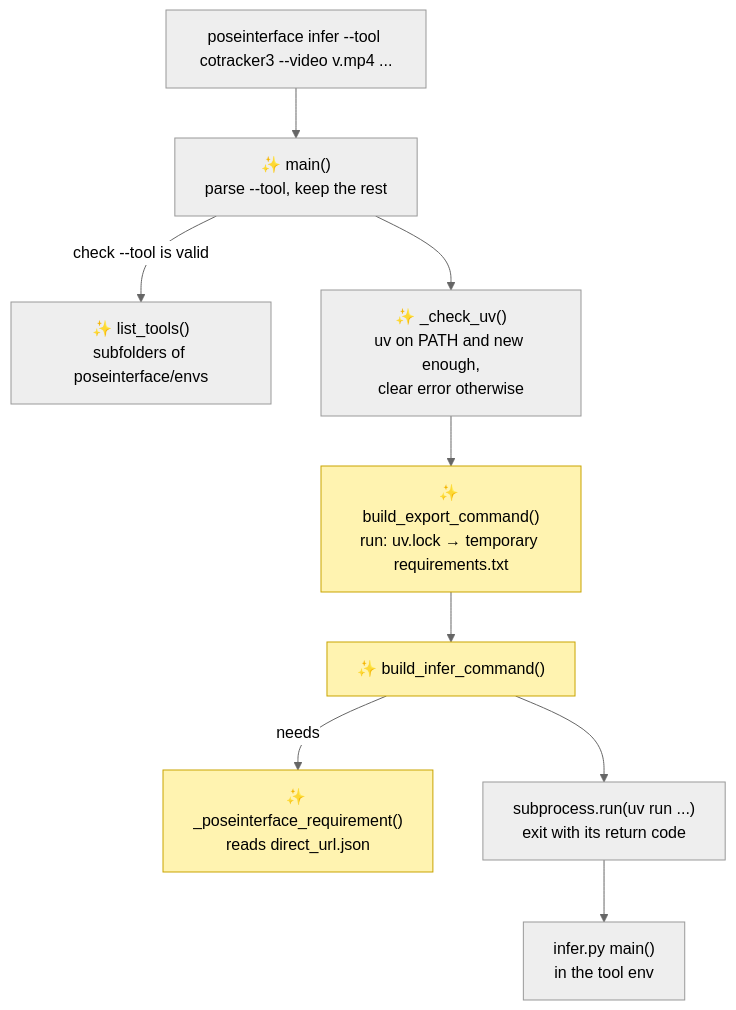
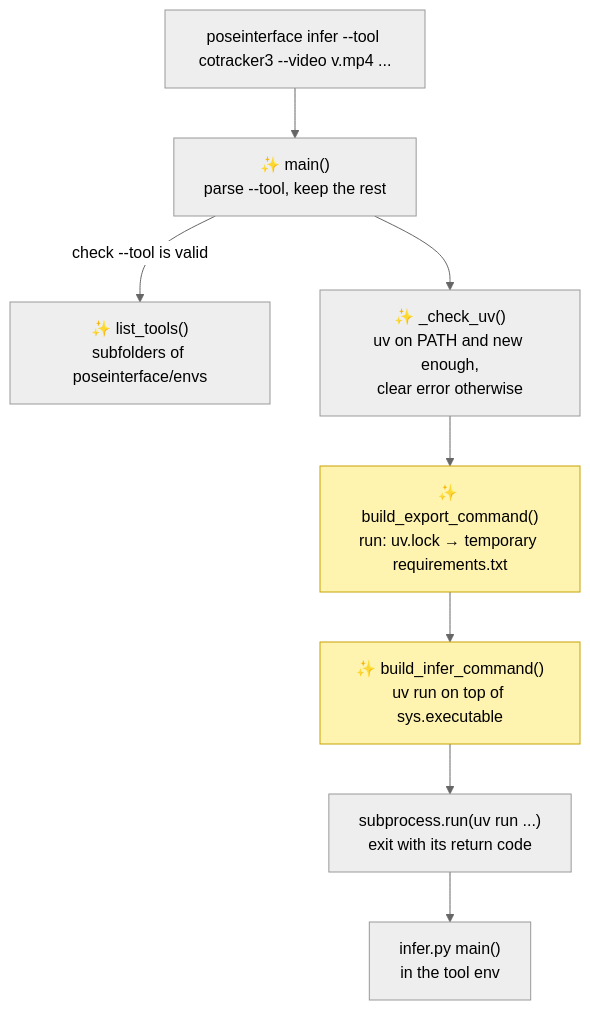
One commit to neuroinformatics-unit/poseinterface changed the second of 2 diagrams in proposal-uv-envs.md. Above: the diagram before and after it, drawn with Mermaid (neutral theme). The commit also changed other lines of this file, not shown here.

````diff
--- a/proposal-uv-envs.md
+++ b/proposal-uv-envs.md
@@ -286,23 +366,20 @@
 ```mermaid
 flowchart TD
     A["poseinterface infer --tool cotracker3 --video v.mp4 ..."]
     B["✨ main()<br/>parse --tool, keep the rest"]
     C["✨ list_tools()<br/>subfolders of poseinterface/envs"]
     G["✨ _check_uv()<br/>uv on PATH and new enough,<br/>clear error otherwise"]
     X["✨ build_export_command()<br/>run: uv.lock → temporary requirements.txt"]
-    E["✨ _poseinterface_requirement()<br/>reads direct_url.json"]
-    F["✨ build_infer_command()"]
+    F["✨ build_infer_command()<br/>uv run on top of sys.executable"]
     H["subprocess.run(uv run ...)<br/>exit with its return code"]
     I["infer.py main()<br/>in the tool env"]
 
     A --> B
     B -->|"check --tool is valid"| C
     B --> G --> X --> F --> H --> I
-    F -->|"needs"| E
 
     style X fill:#fff3b0,stroke:#c9a400
     style F fill:#fff3b0,stroke:#c9a400
-    style E fill:#fff3b0,stroke:#c9a400
 
     click I href "https://github.com/neuroinformatics-unit/poseinterface/blob/envs-management/envs/cotracker3/infer.py#L103" _blank
 ```
````
